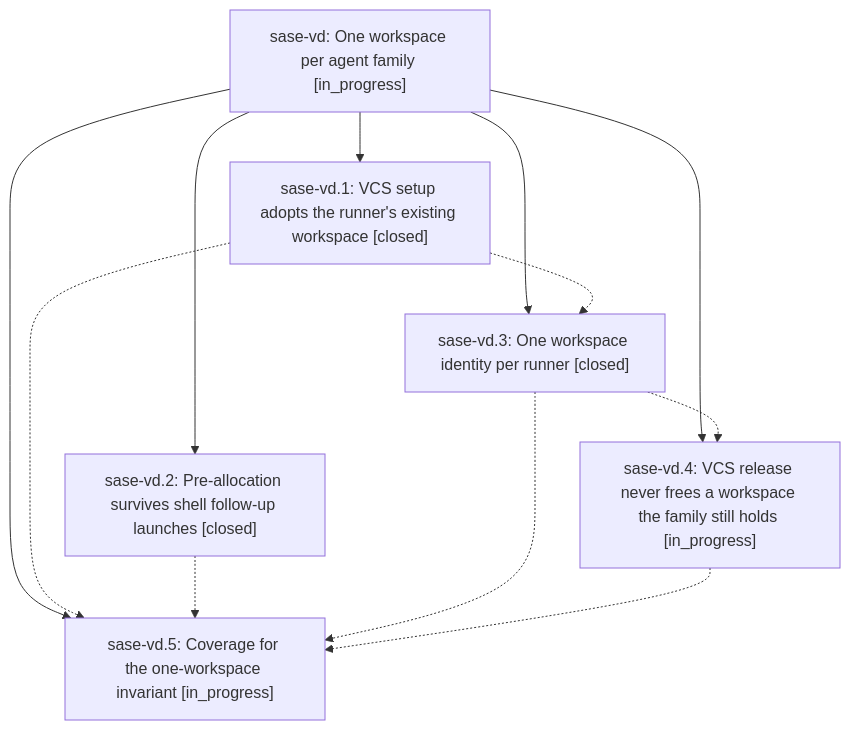
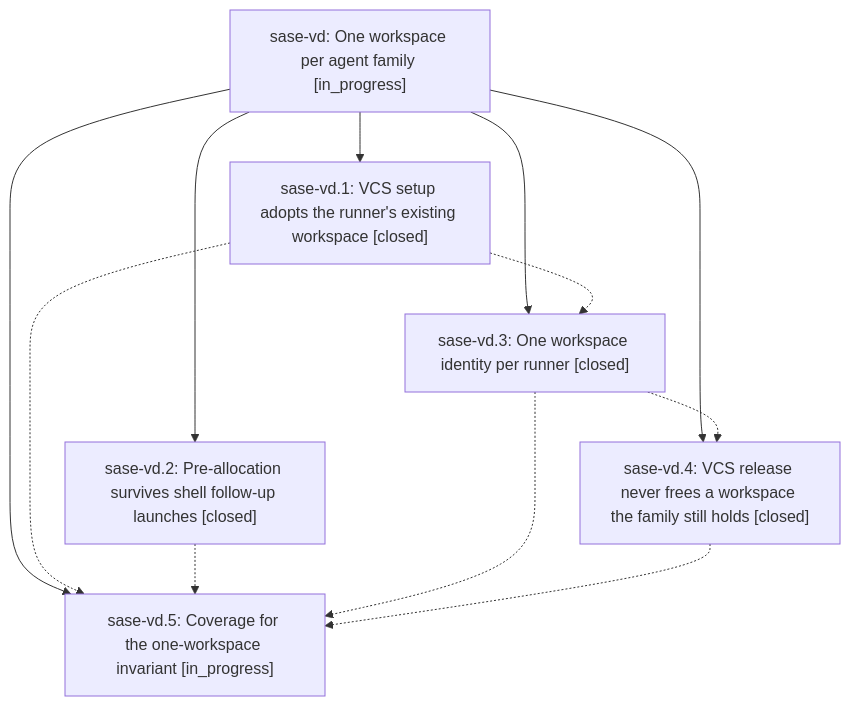
One commit to sase-org/sase--beads changed the diagram in pages/sase-vd/README.md. Above: the diagram before and after it, drawn with Mermaid. The commit also changed other lines of this file and 3 other files, not shown here.

````diff
--- a/pages/sase-vd/README.md
+++ b/pages/sase-vd/README.md
@@ -38,20 +38,20 @@
 ```mermaid
 flowchart TD
     n0["sase-vd: One workspace per agent family [in_progress]"]
     n1["sase-vd.1: VCS setup adopts the runner's existing workspace [closed]"]
     n2["sase-vd.2: Pre-allocation survives shell follow-up launches [closed]"]
     n3["sase-vd.3: One workspace identity per runner [closed]"]
-    n4["sase-vd.4: VCS release never frees a workspace the family still holds [in_progress]"]
+    n4["sase-vd.4: VCS release never frees a workspace the family still holds [closed]"]
     n5["sase-vd.5: Coverage for the one-workspace invariant [in_progress]"]
     n0 --> n1
     n0 --> n2
     n0 --> n3
     n0 --> n4
     n0 --> n5
     n1 -.-> n3
     n1 -.-> n5
     n2 -.-> n5
     n3 -.-> n4
     n3 -.-> n5
     n4 -.-> n5
 ```
````
